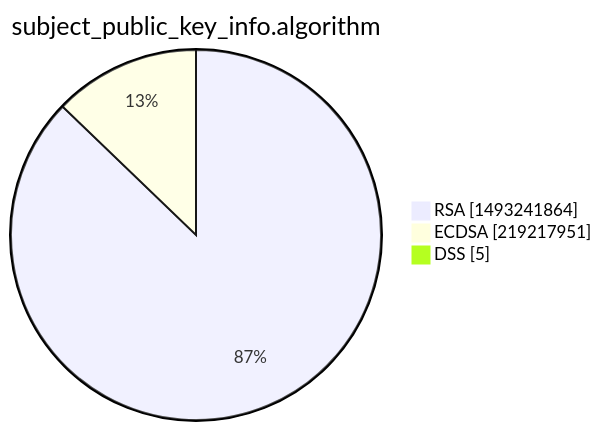
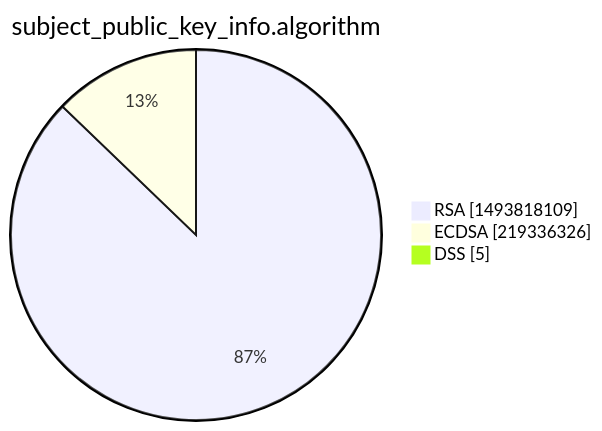
The third of 15 diagrams in xenon2022/README.md (christiankrug/ctmonitor_visualization), drawn with Mermaid before and after one commit. The commit also changed other lines of this file, not shown here.

````diff
--- a/xenon2022/README.md
+++ b/xenon2022/README.md
@@ -14,7 +14,7 @@
 ```mermaid
 pie showData
 title subject_public_key_info.algorithm
-"RSA" :1493241864
-"ECDSA" :219217951
+"RSA" :1493818109
+"ECDSA" :219336326
 "DSS" :5
 ```
````
